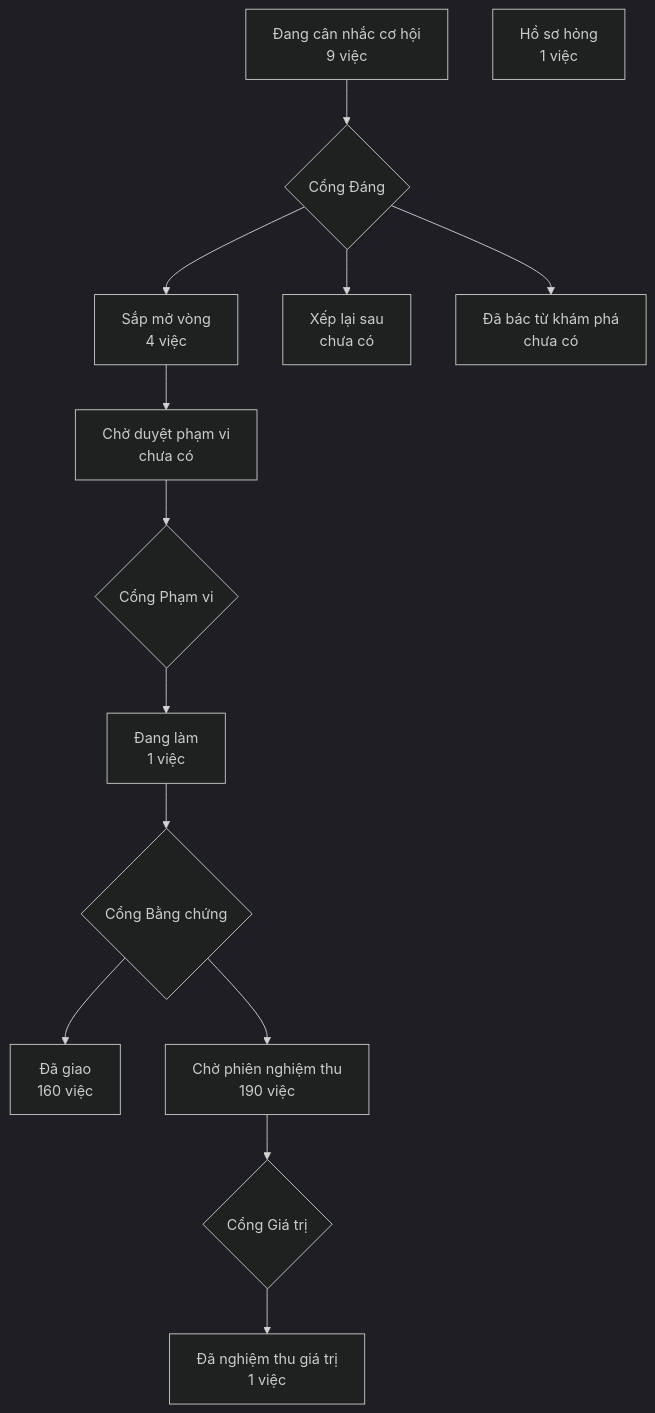
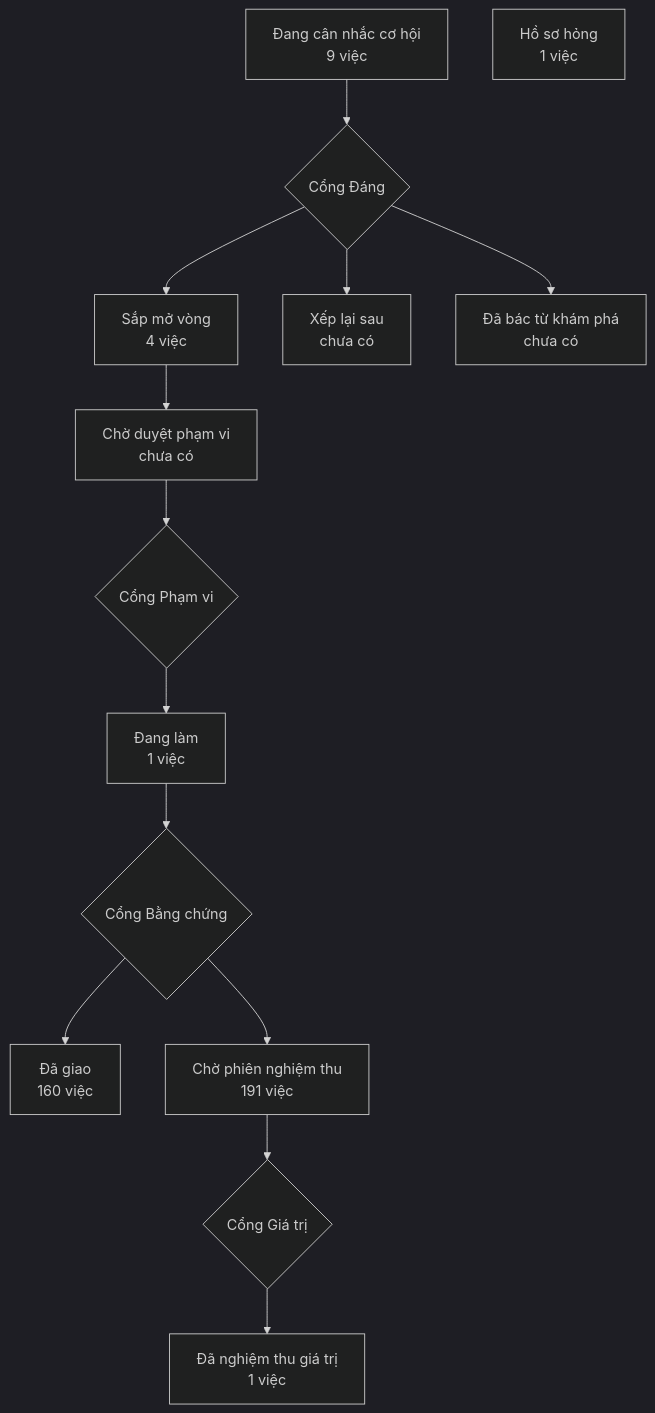
Before and after one commit to phanlemanh/crm-onehub: the diagram in PRODUCT-MAP.md, drawn with Mermaid (dark theme). The commit also changed 1 other file, not shown here.

Commit message:
docs(bam-kr-mo-chi-tiet-kr): vẽ lại trang máy sau gộp onehub 1a151f3f7

````diff
--- a/PRODUCT-MAP.md
+++ b/PRODUCT-MAP.md
@@ -7,13 +7,13 @@
 ```mermaid
 flowchart TD
   A["Đang cân nhắc cơ hội<br/>9 việc"] --> GD{"Cổng Đáng"}
   GD --> B["Sắp mở vòng<br/>4 việc"]
   GD --> XL["Xếp lại sau<br/>chưa có"]
   GD --> DB["Đã bác từ khám phá<br/>chưa có"]
   B --> CD["Chờ duyệt phạm vi<br/>chưa có"] --> GP{"Cổng Phạm vi"}
   GP --> DL["Đang làm<br/>1 việc"] --> GB{"Cổng Bằng chứng"}
   GB --> DG["Đã giao<br/>160 việc"]
-  GB --> CN["Chờ phiên nghiệm thu<br/>190 việc"] --> GG{"Cổng Giá trị"}
+  GB --> CN["Chờ phiên nghiệm thu<br/>191 việc"] --> GG{"Cổng Giá trị"}
   GG --> NT["Đã nghiệm thu giá trị<br/>1 việc"]
   HS["Hồ sơ hỏng<br/>1 việc"]
 ```
````
